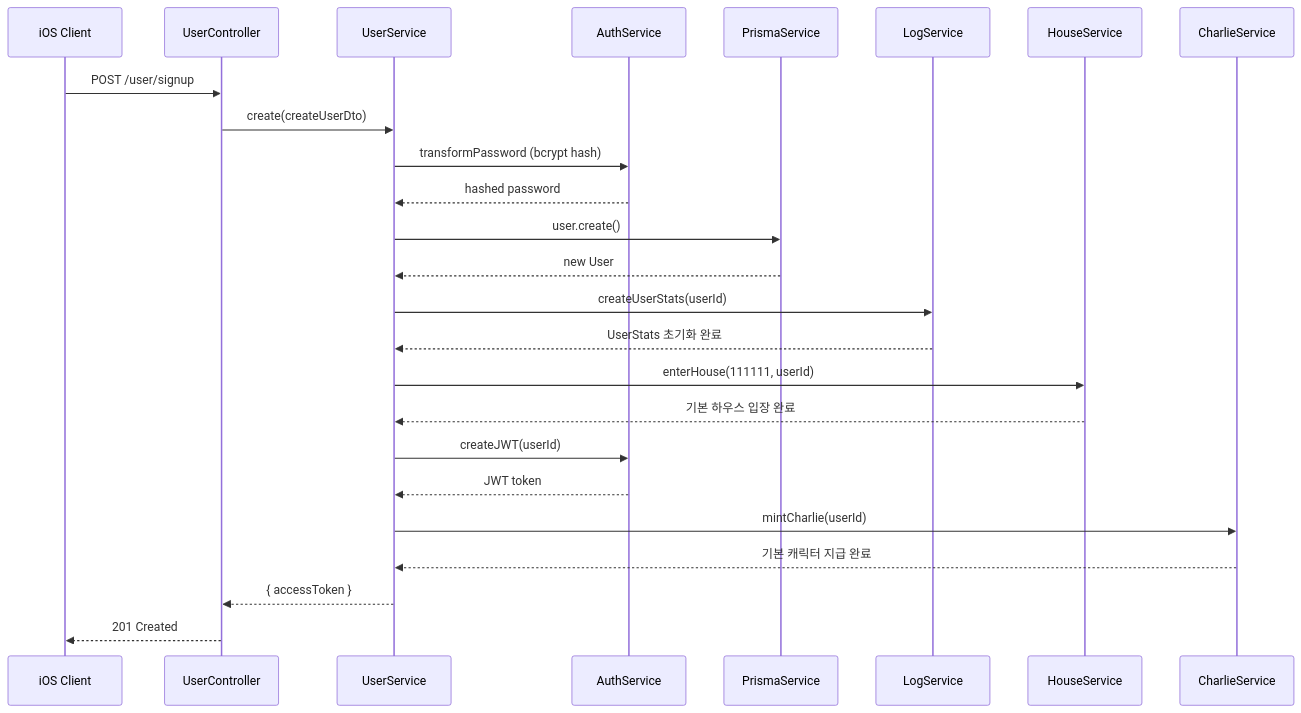
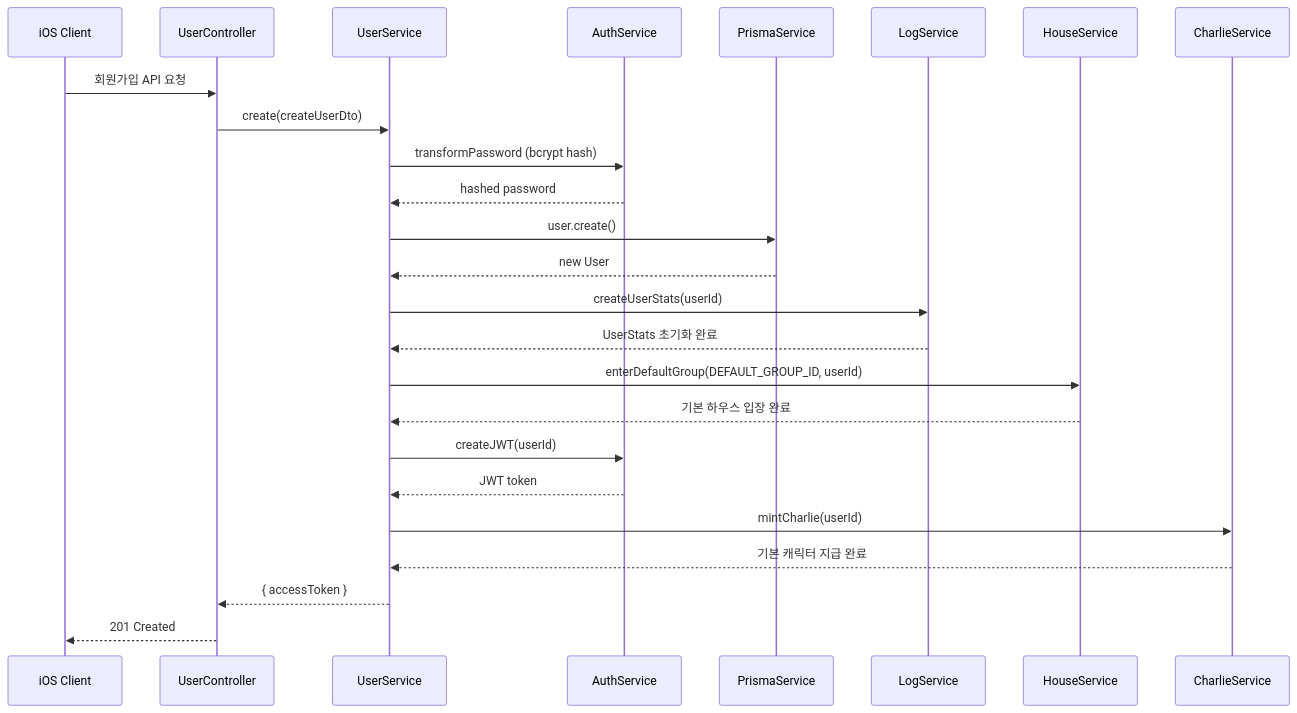
Before and after one commit to jiwon11/jiwon11.github.io: the sixth of 14 diagrams in _posts/2023-03-01-charlie-backend-infrastructure.md, drawn with Mermaid. The commit also changed other lines of this file and 9 other files, not shown here.

````diff
--- a/_posts/2023-03-01-charlie-backend-infrastructure.md
+++ b/_posts/2023-03-01-charlie-backend-infrastructure.md
@@ -345,28 +348,28 @@
 ```mermaid
 sequenceDiagram
     participant C as iOS Client
     participant UC as UserController
     participant US as UserService
     participant AS as AuthService
     participant PS as PrismaService
     participant LS as LogService
     participant HS as HouseService
     participant CS as CharlieService
 
-    C->>UC: POST /user/signup
+    C->>UC: 회원가입 API 요청
     UC->>US: create(createUserDto)
     US->>AS: transformPassword (bcrypt hash)
     AS-->>US: hashed password
     US->>PS: user.create()
     PS-->>US: new User
     US->>LS: createUserStats(userId)
     LS-->>US: UserStats 초기화 완료
-    US->>HS: enterHouse(111111, userId)
+    US->>HS: enterDefaultGroup(DEFAULT_GROUP_ID, userId)
     HS-->>US: 기본 하우스 입장 완료
     US->>AS: createJWT(userId)
     AS-->>US: JWT token
     US->>CS: mintCharlie(userId)
     CS-->>US: 기본 캐릭터 지급 완료
     US-->>UC: { accessToken }
     UC-->>C: 201 Created
 ```
````
